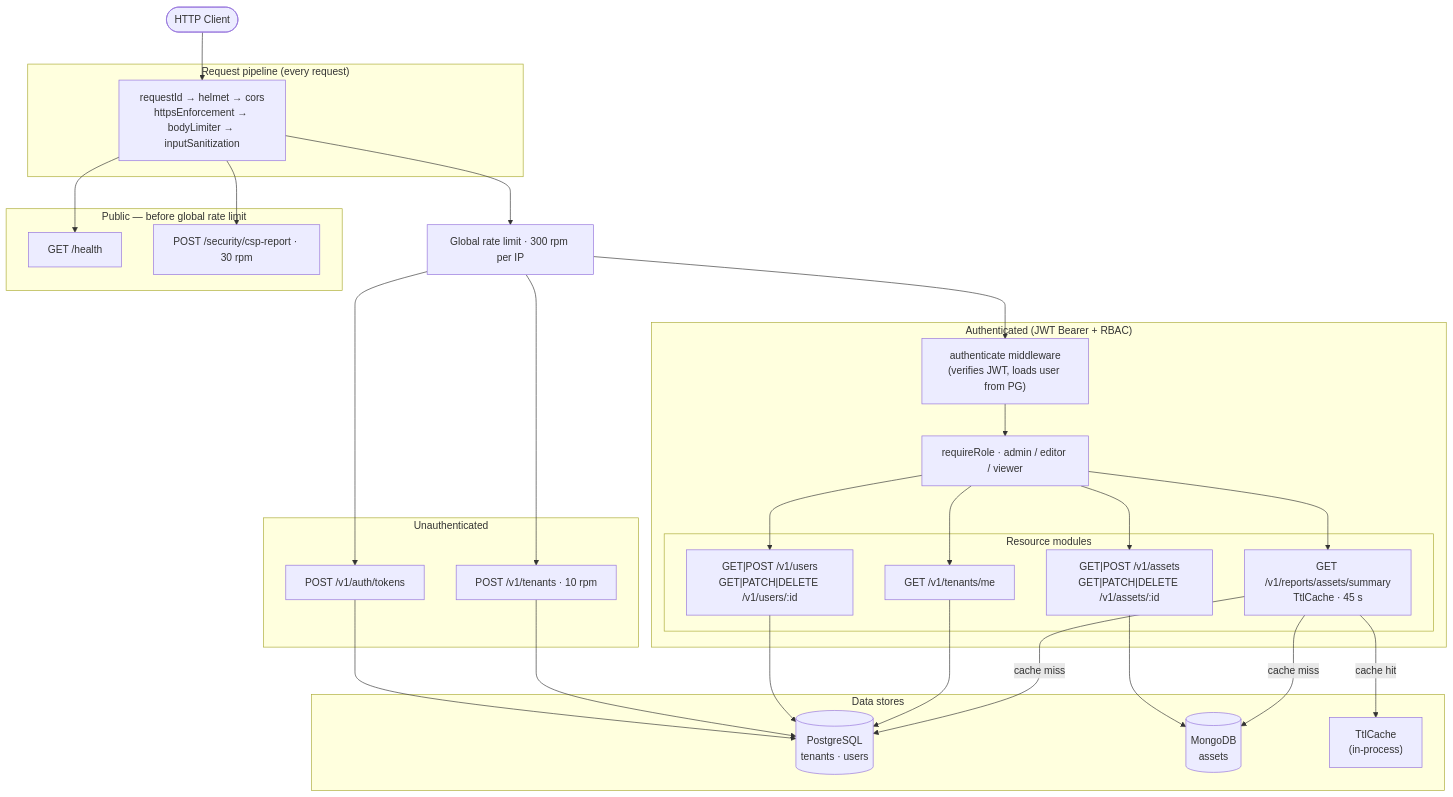
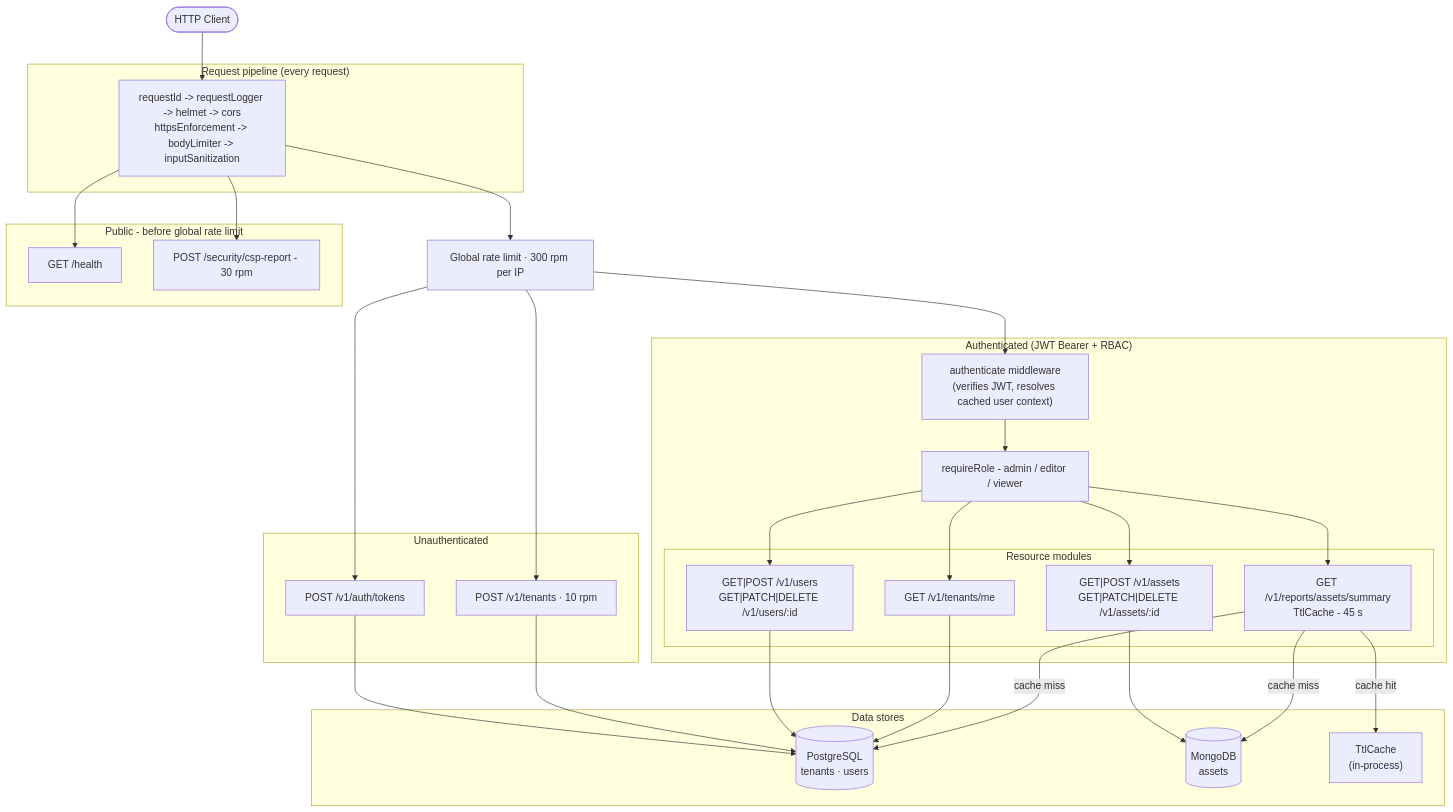
Before and after one commit to KeyD0205/assets-backend-service-example: the first of 2 diagrams in README.md, drawn with Mermaid. The commit also changed other lines of this file and 1 other file, not shown here.

````diff
--- a/README.md
+++ b/README.md
@@ -20,51 +20,51 @@
 ```mermaid
 flowchart TD
     Client(["HTTP Client"])
 
     subgraph "Request pipeline (every request)"
-        MW["requestId → helmet → cors\nhttpsEnforcement → bodyLimiter → inputSanitization"]
+        MW["requestId -> requestLogger -> helmet -> cors\nhttpsEnforcement -> bodyLimiter -> inputSanitization"]
     end
 
-    subgraph "Public — before global rate limit"
+    subgraph "Public - before global rate limit"
         HEALTH["GET /health"]
-        CSP["POST /security/csp-report · 30 rpm"]
+        CSP["POST /security/csp-report - 30 rpm"]
     end
 
     RL["Global rate limit · 300 rpm per IP"]
 
     subgraph "Unauthenticated"
         AT["POST /v1/auth/tokens"]
         TC["POST /v1/tenants · 10 rpm"]
     end
 
     subgraph "Authenticated (JWT Bearer + RBAC)"
-        AUTH["authenticate middleware\n(verifies JWT, loads user from PG)"]
-        ROLE["requireRole · admin / editor / viewer"]
+        AUTH["authenticate middleware\n(verifies JWT, resolves cached user context)"]
+        ROLE["requireRole - admin / editor / viewer"]
 
         subgraph "Resource modules"
             USERS["GET|POST /v1/users\nGET|PATCH|DELETE /v1/users/:id"]
             ASSETS["GET|POST /v1/assets\nGET|PATCH|DELETE /v1/assets/:id"]
             TM["GET /v1/tenants/me"]
-            REPORT["GET /v1/reports/assets/summary\nTtlCache · 45 s"]
+            REPORT["GET /v1/reports/assets/summary\nTtlCache - 45 s"]
         end
     end
 
     subgraph "Data stores"
         PG[("PostgreSQL\ntenants · users")]
         MDB[("MongoDB\nassets")]
         CACHE["TtlCache\n(in-process)"]
     end
 
     Client --> MW
     MW --> HEALTH & CSP & RL
     RL --> AT & TC & AUTH
     AUTH --> ROLE --> USERS & ASSETS & TM & REPORT
 
     AT --> PG
     TC --> PG
     USERS --> PG
     TM --> PG
     ASSETS --> MDB
     REPORT -->|"cache miss"| MDB & PG
     REPORT -->|"cache hit"| CACHE
 ```
````
